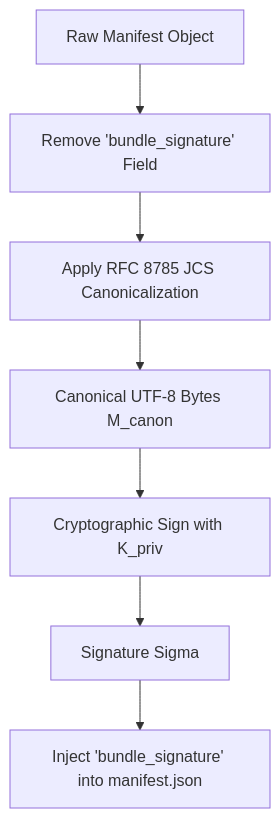
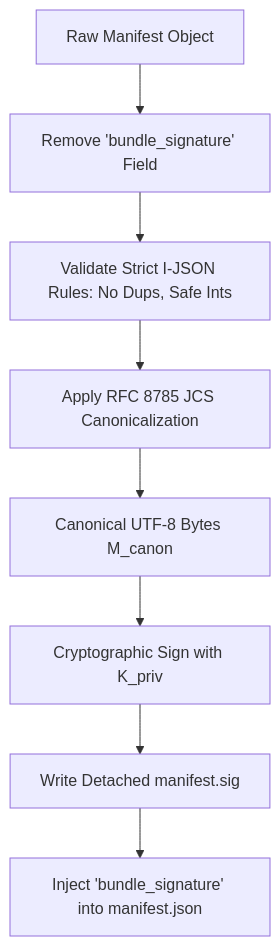
One commit to hoangclinh/cybrik-suite changed the first of 3 diagrams in contracts/lifecycle/CYBRIK-OFFLINE-INSTALL-UPDATE-V1-SPECIFICATION.md. Above: the diagram before and after it, drawn with Mermaid. The commit also changed other lines of this file and 8 other files, not shown here.

Commit message:
docs(contracts): close offline install cryptographic signature profile, archive safety, and crash-atomic journaling for OPEN-1

````diff
--- a/contracts/lifecycle/CYBRIK-OFFLINE-INSTALL-UPDATE-V1-SPECIFICATION.md
+++ b/contracts/lifecycle/CYBRIK-OFFLINE-INSTALL-UPDATE-V1-SPECIFICATION.md
@@ -112,9 +121,10 @@
 ```mermaid
 flowchart TD
     A[Raw Manifest Object] --> B[Remove 'bundle_signature' Field]
-    B --> C[Apply RFC 8785 JCS Canonicalization]
-    C --> D[Canonical UTF-8 Bytes M_canon]
-    D --> E[Cryptographic Sign with K_priv]
-    E --> F[Signature Sigma]
-    F --> G[Inject 'bundle_signature' into manifest.json]
+    B --> C[Validate Strict I-JSON Rules: No Dups, Safe Ints]
+    C --> D[Apply RFC 8785 JCS Canonicalization]
+    D --> E[Canonical UTF-8 Bytes M_canon]
+    E --> F[Cryptographic Sign with K_priv]
+    F --> G[Write Detached manifest.sig]
+    G --> H[Inject 'bundle_signature' into manifest.json]
 ```
````
